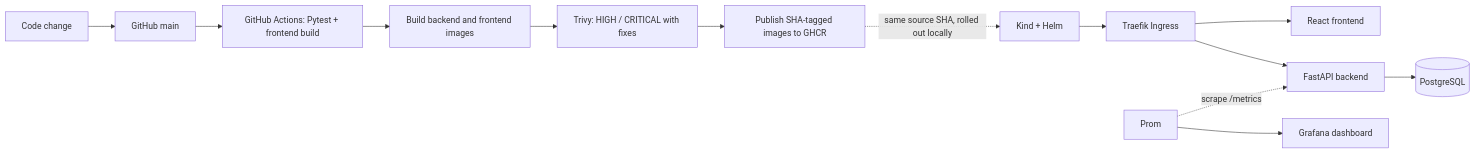
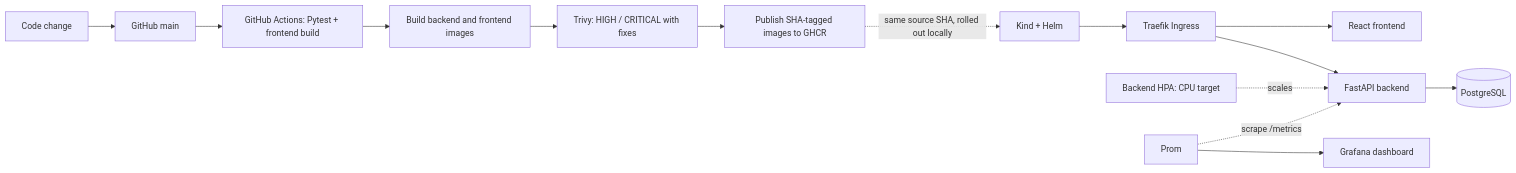
One commit to 31UTKARSH07-ALPHA/Stockroom changed the diagram in README.md. Above: the diagram before and after it, drawn with Mermaid. The commit also changed other lines of this file, not shown here.

Commit message:
docs: add backend autoscaling evidence

````diff
--- a/README.md
+++ b/README.md
@@ -25,15 +25,16 @@
 ```mermaid
 flowchart LR
     Dev[Code change] --> Git[GitHub main]
     Git --> Test[GitHub Actions: Pytest + frontend build]
     Test --> Image[Build backend and frontend images]
     Image --> Scan[Trivy: HIGH / CRITICAL with fixes]
     Scan --> GHCR[Publish SHA-tagged images to GHCR]
     GHCR -. same source SHA, rolled out locally .-> Kind[Kind + Helm]
     Kind --> Ingress[Traefik Ingress]
     Ingress --> Web[React frontend]
     Ingress --> API[FastAPI backend]
     API --> DB[(PostgreSQL)]
+    HPA[Backend HPA: CPU target] -. scales .-> API
     Prom -. scrape /metrics .-> API
     Prom --> Grafana[Grafana dashboard]
 ```
````
